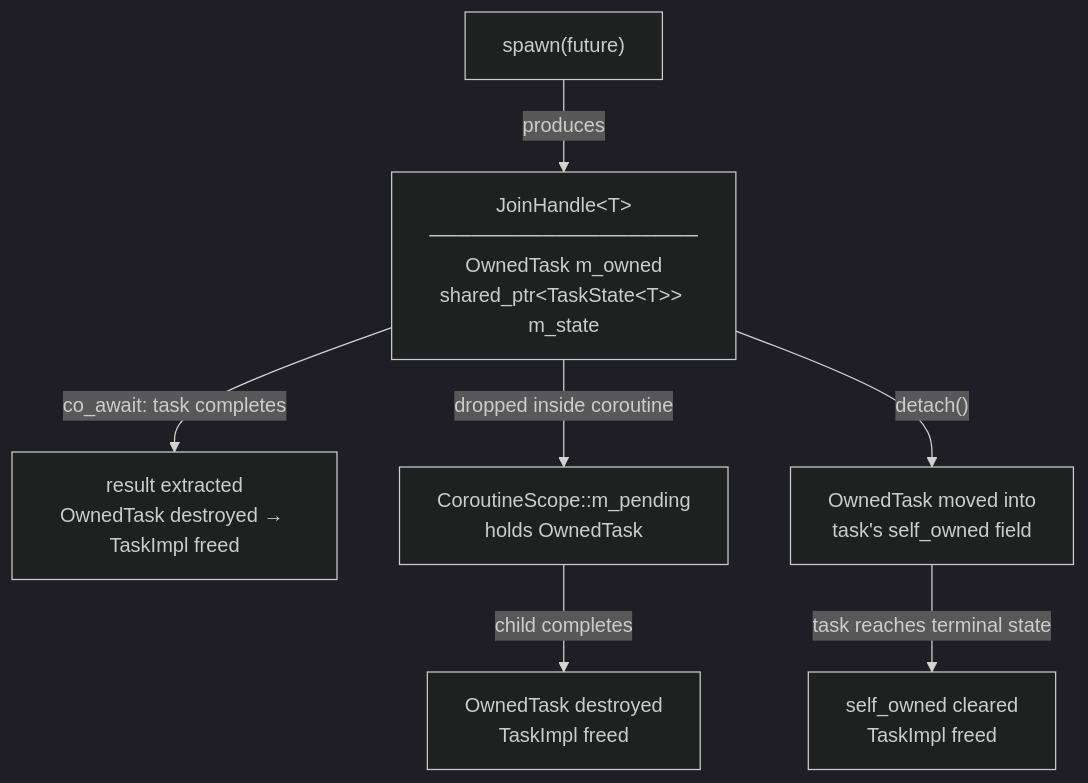
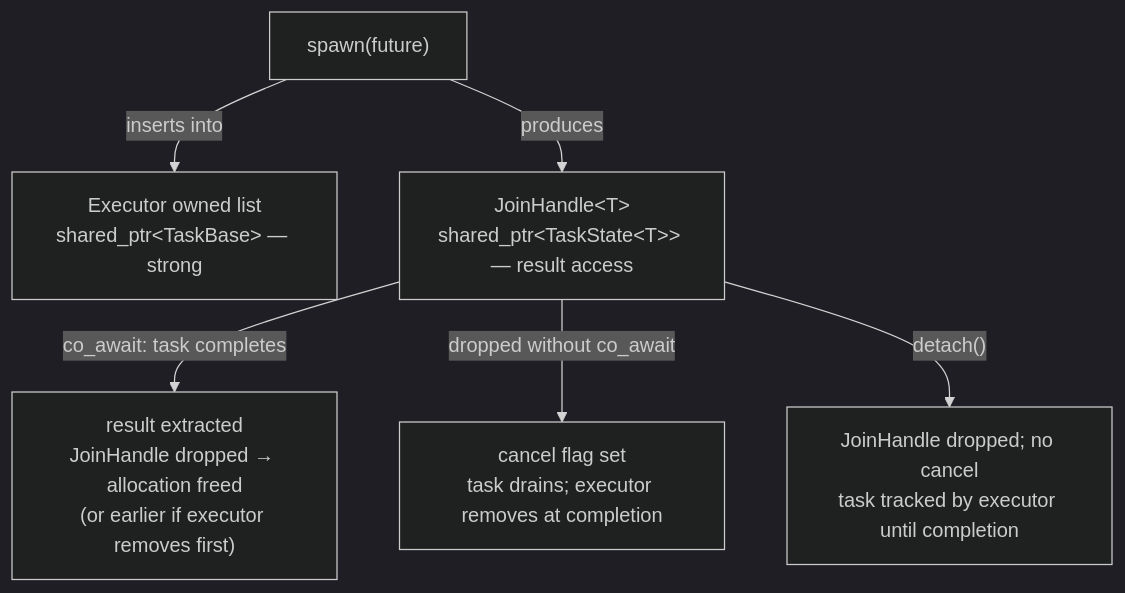
Before and after one commit to bts164/coro: the third of 5 diagrams in doc/task_ownership.md, drawn with Mermaid (dark theme). The commit also changed other lines of this file and 55 other files, not shown here.

````diff
--- a/doc/task_ownership.md
+++ b/doc/task_ownership.md
@@ -158,14 +92,13 @@
 ```mermaid
 flowchart TD
     Spawn["spawn(future)"]
-    JH["JoinHandle&lt;T&gt;\n───────────────────\nOwnedTask m_owned\nshared_ptr&lt;TaskState&lt;T&gt;&gt; m_state"]
+    Exec["Executor owned list\nshared_ptr&lt;TaskBase&gt; — strong"]
+    JH["JoinHandle&lt;T&gt;\nshared_ptr&lt;TaskState&lt;T&gt;&gt; — result access"]
 
+    Spawn -->|"inserts into"| Exec
     Spawn -->|"produces"| JH
 
-    JH -->|"co_await: task completes"| Await["result extracted\nOwnedTask destroyed → TaskImpl freed"]
-    JH -->|"dropped inside coroutine"| Scope["CoroutineScope::m_pending\nholds OwnedTask"]
-    JH -->|"detach()"| Detach["OwnedTask moved into\ntask's self_owned field"]
-
-    Scope -->|"child completes"| ScopeDone["OwnedTask destroyed\nTaskImpl freed"]
-    Detach -->|"task reaches terminal state"| DetachDone["self_owned cleared\nTaskImpl freed"]
+    JH -->|"co_await: task completes"| Await["result extracted\nJoinHandle dropped → allocation freed\n(or earlier if executor removes first)"]
+    JH -->|"dropped without co_await"| Cancel["cancel flag set\ntask drains; executor removes at completion"]
+    JH -->|"detach()"| Detach["JoinHandle dropped; no cancel\ntask tracked by executor until completion"]
 ```
````
